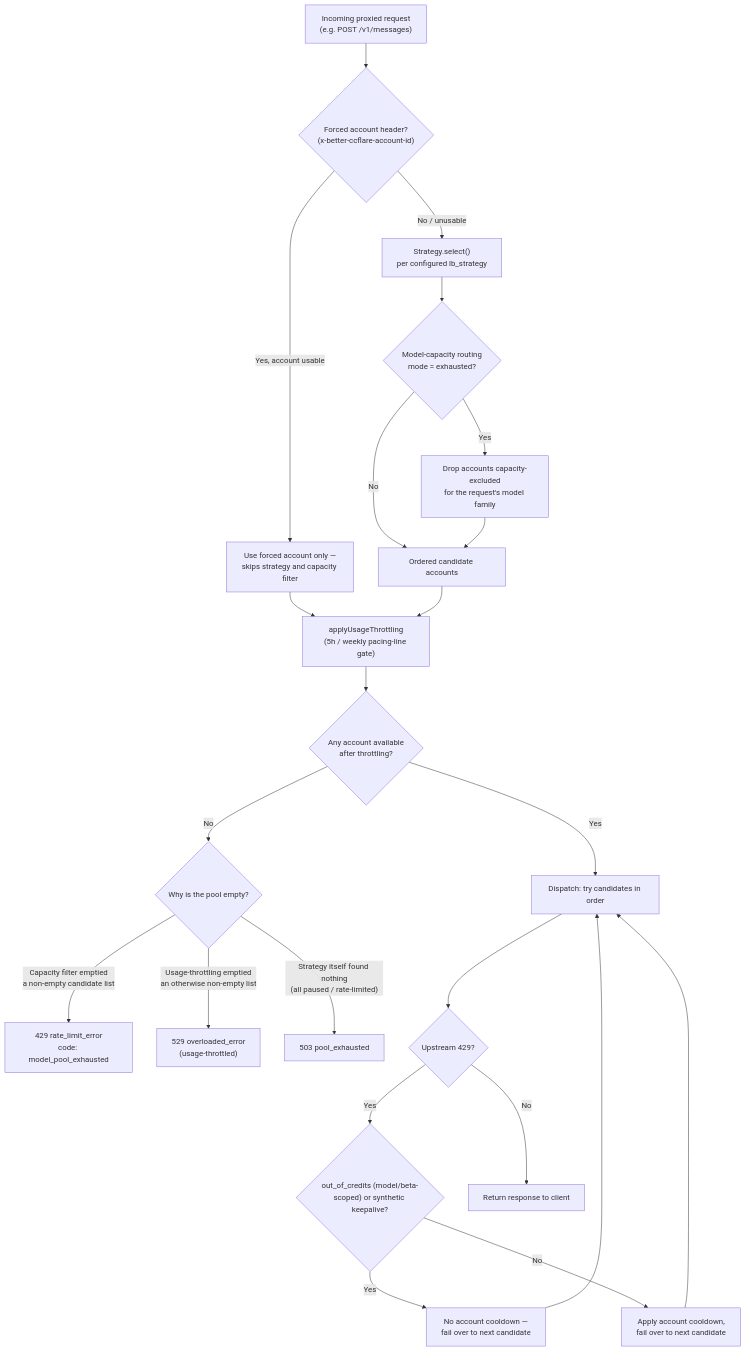
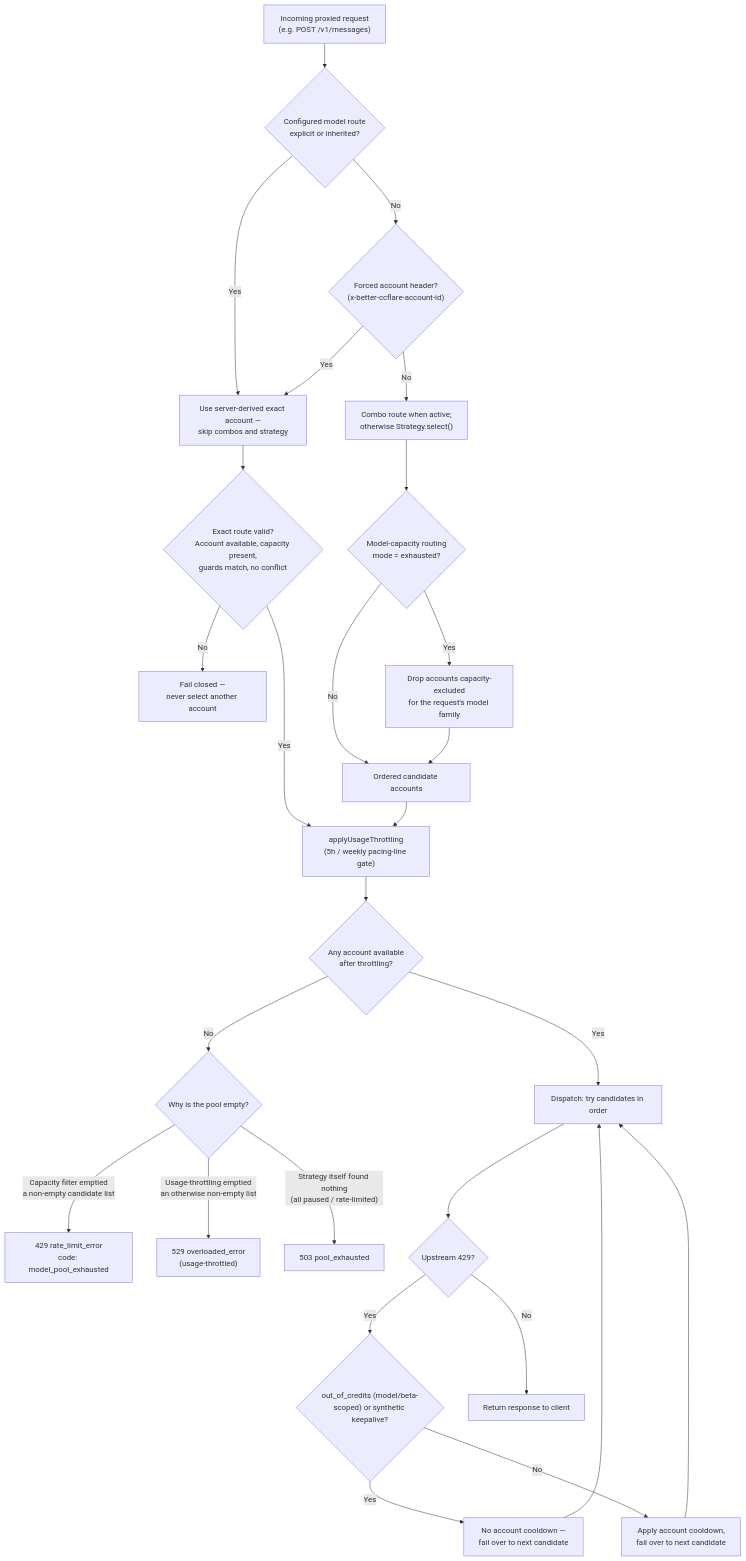
The first of 9 diagrams in docs/routing-architecture.md (StartupBros-com/better-ccflare), drawn with Mermaid before and after one commit. The commit also changed other lines of this file and 26 other files, not shown here.

Commit message:
feat: add Claude Code model route profiles

````diff
--- a/docs/routing-architecture.md
+++ b/docs/routing-architecture.md
@@ -28,25 +29,29 @@
 ```mermaid
 flowchart TD
-    A["Incoming proxied request<br/>(e.g. POST /v1/messages)"] --> B{"Forced account header?<br/>(x-better-ccflare-account-id)"}
-    B -->|"Yes, account usable"| C["Use forced account only —<br/>skips strategy and capacity filter"]
-    B -->|"No / unusable"| D["Strategy.select()<br/>per configured lb_strategy"]
+    A["Incoming proxied request<br/>(e.g. POST /v1/messages)"] --> R{"Configured model route<br/>explicit or inherited?"}
+    R -->|"Yes"| C["Use server-derived exact account —<br/>skip combos and strategy"]
+    R -->|"No"| B{"Forced account header?<br/>(x-better-ccflare-account-id)"}
+    B -->|"Yes"| C
+    B -->|"No"| D["Combo route when active;<br/>otherwise Strategy.select()"]
+    C --> C2{"Exact route valid?<br/>Account available, capacity present,<br/>guards match, no conflict"}
+    C2 -->|"No"| C3["Fail closed —<br/>never select another account"]
+    C2 -->|"Yes"| H["applyUsageThrottling<br/>(5h / weekly pacing-line gate)"]
     D --> E{"Model-capacity routing<br/>mode = exhausted?"}
     E -->|"Yes"| F["Drop accounts capacity-excluded<br/>for the request's model family"]
     E -->|"No"| G["Ordered candidate accounts"]
     F --> G
-    C --> H["applyUsageThrottling<br/>(5h / weekly pacing-line gate)"]
     G --> H
     H --> I{"Any account available<br/>after throttling?"}
     I -->|"No"| J{"Why is the pool empty?"}
     J -->|"Capacity filter emptied<br/>a non-empty candidate list"| K["429 rate_limit_error<br/>code: model_pool_exhausted"]
     J -->|"Usage-throttling emptied<br/>an otherwise non-empty list"| L["529 overloaded_error<br/>(usage-throttled)"]
     J -->|"Strategy itself found nothing<br/>(all paused / rate-limited)"| M["503 pool_exhausted"]
     I -->|"Yes"| N["Dispatch: try candidates in order"]
     N --> O{"Upstream 429?"}
     O -->|"Yes"| P{"out_of_credits (model/beta-<br/>scoped) or synthetic keepalive?"}
     P -->|"Yes"| P2["No account cooldown —<br/>fail over to next candidate"]
     P -->|"No"| P3["Apply account cooldown,<br/>fail over to next candidate"]
     P2 --> N
     P3 --> N
     O -->|"No"| Q["Return response to client"]
 ```
````
